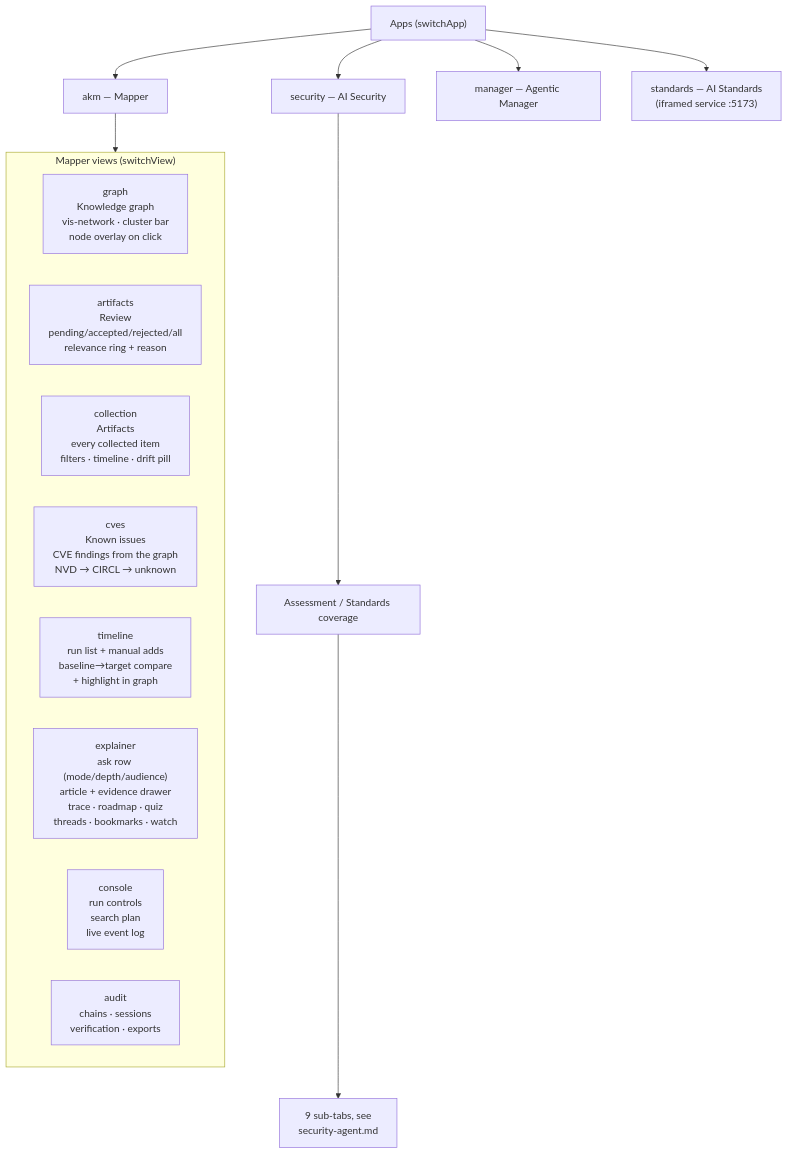
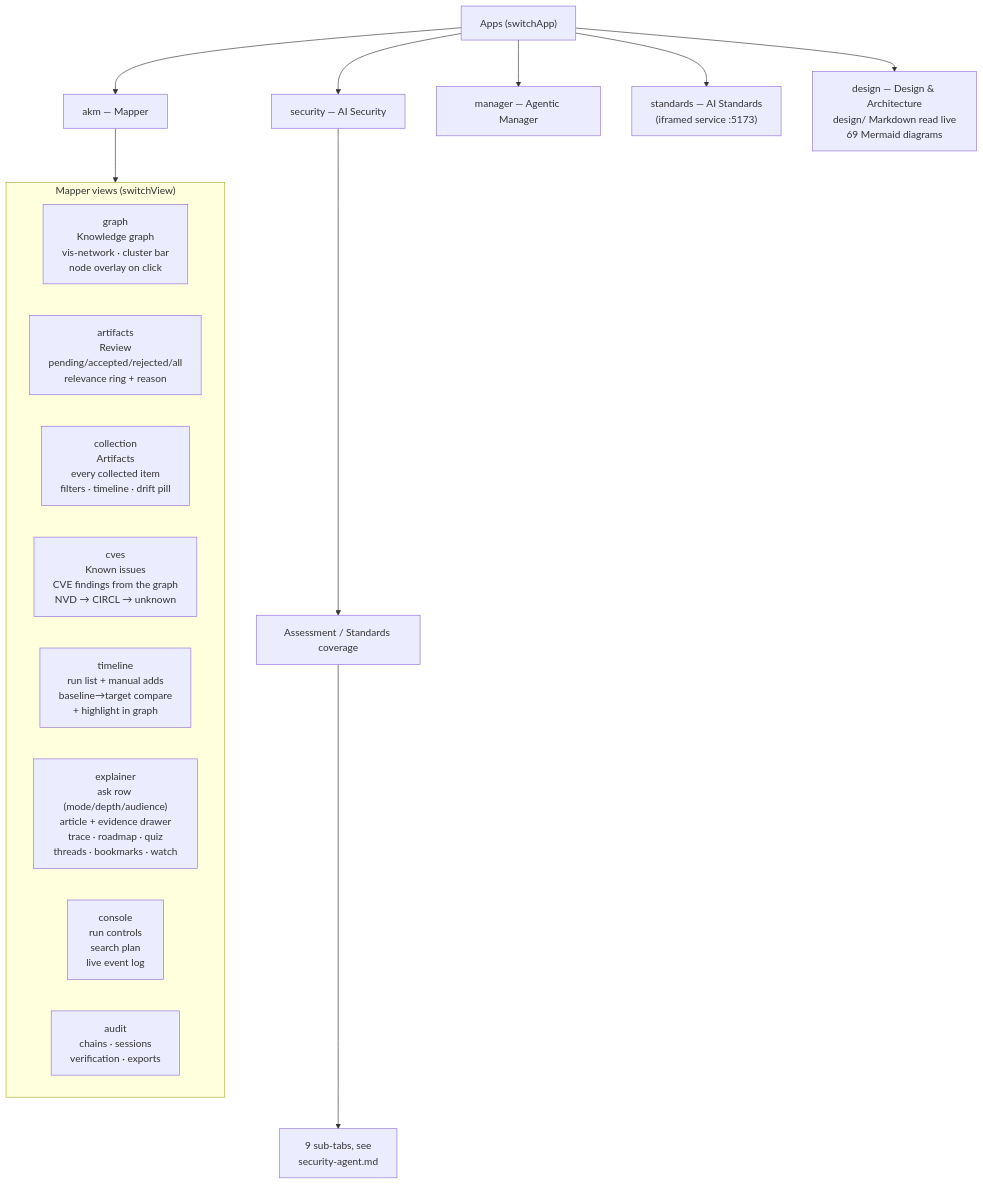
One commit to harishgovardhandamodar/agentic-knowledge-mapper changed the first of 2 diagrams in docs/frontend.md. Above: the diagram before and after it, drawn with Mermaid. The commit also changed other lines of this file and 11 other files, not shown here.

Commit message:
Add Design & Architecture tab with live-rendered design set

````diff
--- a/docs/frontend.md
+++ b/docs/frontend.md
@@ -17,21 +18,22 @@
 ```mermaid
 flowchart TB
     APPS["Apps (switchApp)"]
     APPS --> AKM["akm — Mapper"]
     APPS --> SEC["security — AI Security"]
     APPS --> MGR["manager — Agentic Manager"]
     APPS --> STD["standards — AI Standards<br/>(iframed service :5173)"]
+    APPS --> DSG["design — Design & Architecture<br/>design/ Markdown read live<br/>69 Mermaid diagrams"]
     AKM --> TABS
     subgraph TABS["Mapper views (switchView)"]
         G["graph<br/>Knowledge graph<br/>vis-network · cluster bar<br/>node overlay on click"]
         R["artifacts<br/>Review<br/>pending/accepted/rejected/all<br/>relevance ring + reason"]
         CO["collection<br/>Artifacts<br/>every collected item<br/>filters · timeline · drift pill"]
         CV["cves<br/>Known issues<br/>CVE findings from the graph<br/>NVD → CIRCL → unknown"]
         TL["timeline<br/>run list + manual adds<br/>baseline→target compare<br/>+ highlight in graph"]
         E["explainer<br/>ask row (mode/depth/audience)<br/>article + evidence drawer<br/>trace · roadmap · quiz<br/>threads · bookmarks · watch"]
         C["console<br/>run controls<br/>search plan<br/>live event log"]
         AU["audit<br/>chains · sessions<br/>verification · exports"]
     end
     SEC --> SECP["Assessment / Standards coverage"]
     SECP --> S1["9 sub-tabs, see<br/>security-agent.md"]
 ```
````
